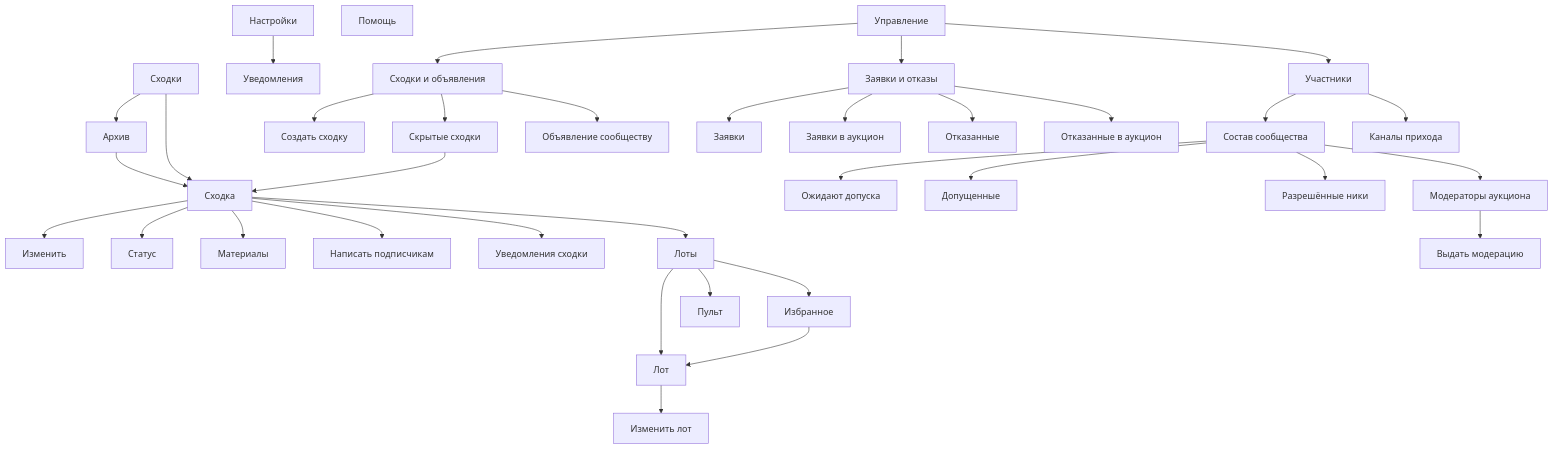
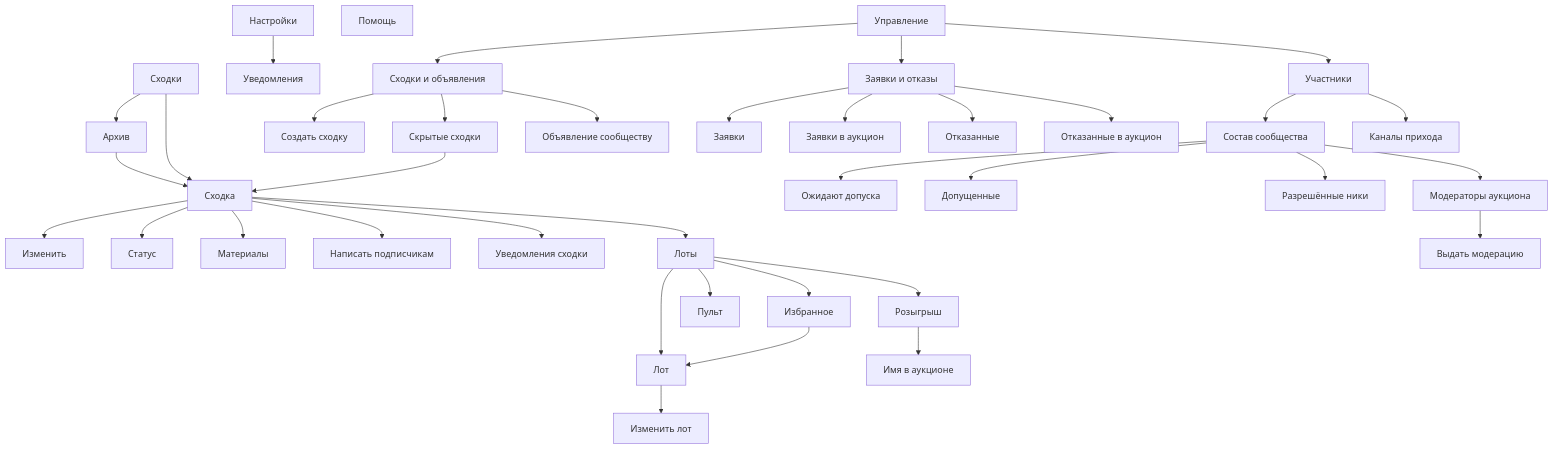
The first of 2 diagrams in docs/design/bot/design-code.md (Solguficky/solguficky-hub), drawn with Mermaid before and after one commit. The commit also changed other lines of this file and 42 other files, not shown here.

````diff
--- a/docs/design/bot/design-code.md
+++ b/docs/design/bot/design-code.md
@@ -37,44 +37,46 @@
 ```mermaid
 flowchart TD
     meetups[Сходки]
     meetups --> archive[Архив]
     settings[Настройки] --> notify[Уведомления]
     help[Помощь]
     manage[Управление]
 
     meetups --> card[Сходка]
     archive --> card
     hidden --> card
 
     card --> edit[Изменить]
     card --> status[Статус]
     card --> materials[Материалы]
     card --> broadcast[Написать подписчикам]
     card --> notifyMeetup[Уведомления сходки]
     card --> lots[Лоты]
     lots --> lot[Лот]
     lot --> lotForm[Изменить лот]
     lots --> console[Пульт]
     lots --> lotFavorites[Избранное]
     lotFavorites --> lot
+    lots --> lotRaffle[Розыгрыш]
+    lotRaffle --> lotRaffleName[Имя в аукционе]
 
     manage --> gMeetups[Сходки и объявления]
     manage --> gApplications[Заявки и отказы]
     manage --> gMembers[Участники]
 
     gMeetups --> create[Создать сходку]
     gMeetups --> hidden[Скрытые сходки]
     gMeetups --> announce[Объявление сообществу]
     gApplications --> applications[Заявки]
     gApplications --> auctionApplications[Заявки в аукцион]
     gApplications --> refused[Отказанные]
     gApplications --> auctionRefused[Отказанные в аукцион]
     gMembers --> community[Состав сообщества]
     gMembers --> channels[Каналы прихода]
 
     community --> pending[Ожидают допуска]
     community --> members[Допущенные]
     community --> nicks[Разрешённые ники]
     community --> moderators[Модераторы аукциона]
     moderators --> grant[Выдать модерацию]
 ```
````
